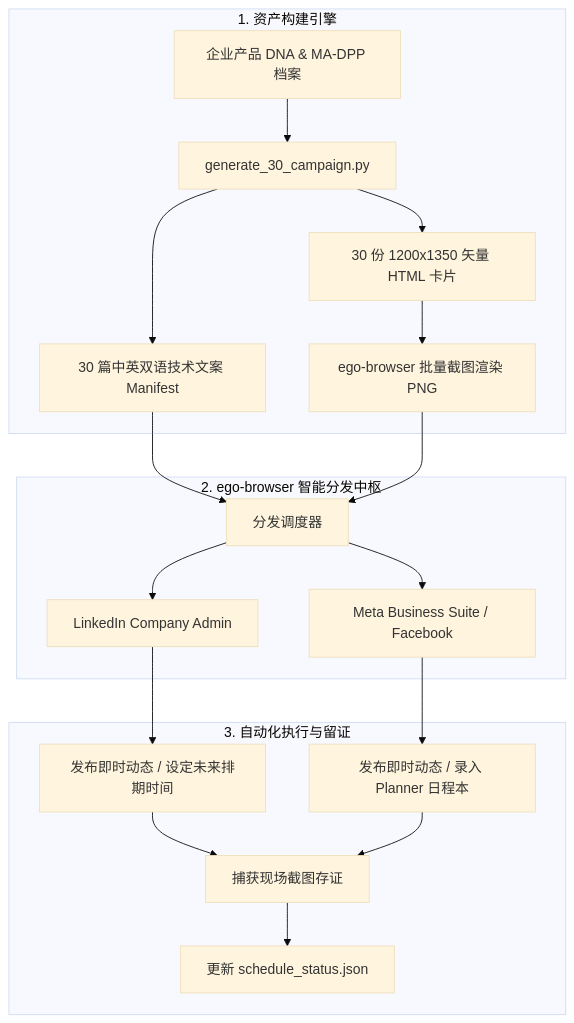
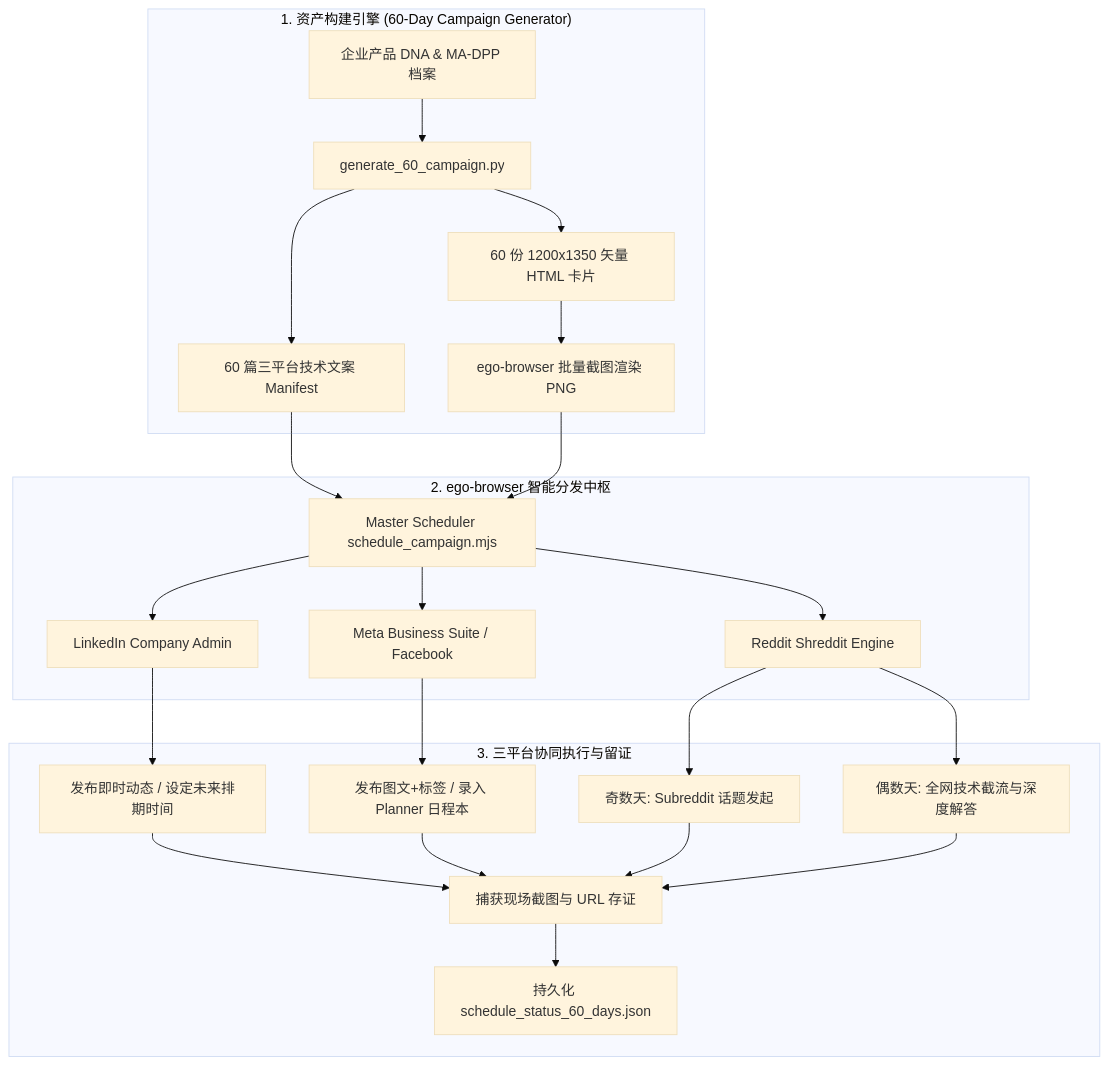
Before and after one commit to cnproduct/b2b-ma-dpp-social-publisher: the diagram in SKILL.md, drawn with Mermaid (base theme). The commit also changed other lines of this file and 8 other files, not shown here.

Commit message:
feat(reddit): integrate Reddit 60-day campaign and alternating schedule into tri-platform publisher (LinkedIn + Facebook + Reddit) v2.0.0

````diff
--- a/SKILL.md
+++ b/SKILL.md
@@ -24,23 +25,25 @@
 ```mermaid
 flowchart TD
-    subgraph Engine ["1. 资产构建引擎"]
-        A[企业产品 DNA & MA-DPP 档案] --> B[generate_30_campaign.py]
-        B --> C[30 篇中英双语技术文案 Manifest]
-        B --> D[30 份 1200x1350 矢量 HTML 卡片]
+    subgraph Engine ["1. 资产构建引擎 (60-Day Campaign Generator)"]
+        A[企业产品 DNA & MA-DPP 档案] --> B[generate_60_campaign.py]
+        B --> C[60 篇三平台技术文案 Manifest]
+        B --> D[60 份 1200x1350 矢量 HTML 卡片]
         D --> E[ego-browser 批量截图渲染 PNG]
     end
 
     subgraph Dispatcher ["2. ego-browser 智能分发中枢"]
-        C & E --> F[分发调度器]
+        C & E --> F[Master Scheduler schedule_campaign.mjs]
         F --> G[LinkedIn Company Admin]
         F --> H[Meta Business Suite / Facebook]
+        F --> I[Reddit Shreddit Engine]
     end
 
-    subgraph Actions ["3. 自动化执行与留证"]
-        G --> I[发布即时动态 / 设定未来排期时间]
-        H --> J[发布即时动态 / 录入 Planner 日程本]
-        I --> K[捕获现场截图存证]
-        J --> K
-        K --> L[更新 schedule_status.json]
+    subgraph Actions ["3. 三平台协同执行与留证"]
+        G --> J[发布即时动态 / 设定未来排期时间]
+        H --> K[发布图文+标签 / 录入 Planner 日程本]
+        I --> L[奇数天: Subreddit 话题发起]
+        I --> M[偶数天: 全网技术截流与深度解答]
+        J & K & L & M --> N[捕获现场截图与 URL 存证]
+        N --> O[持久化 schedule_status_60_days.json]
     end
 ```
````
